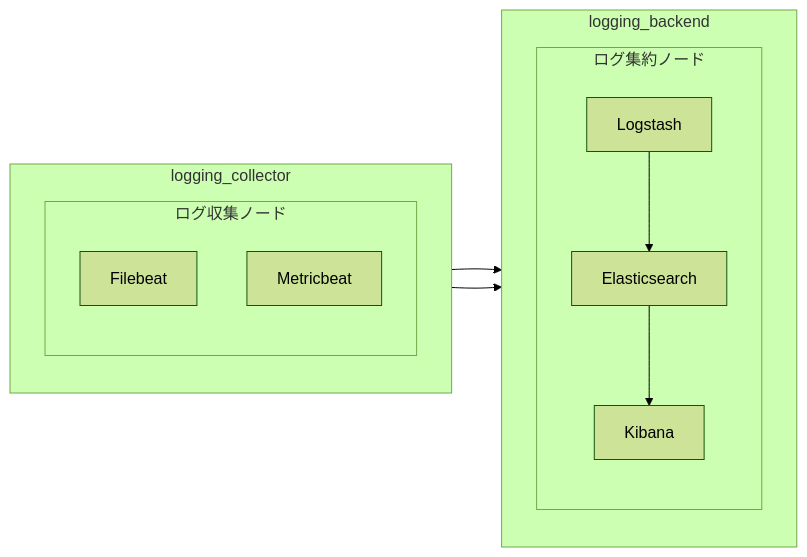
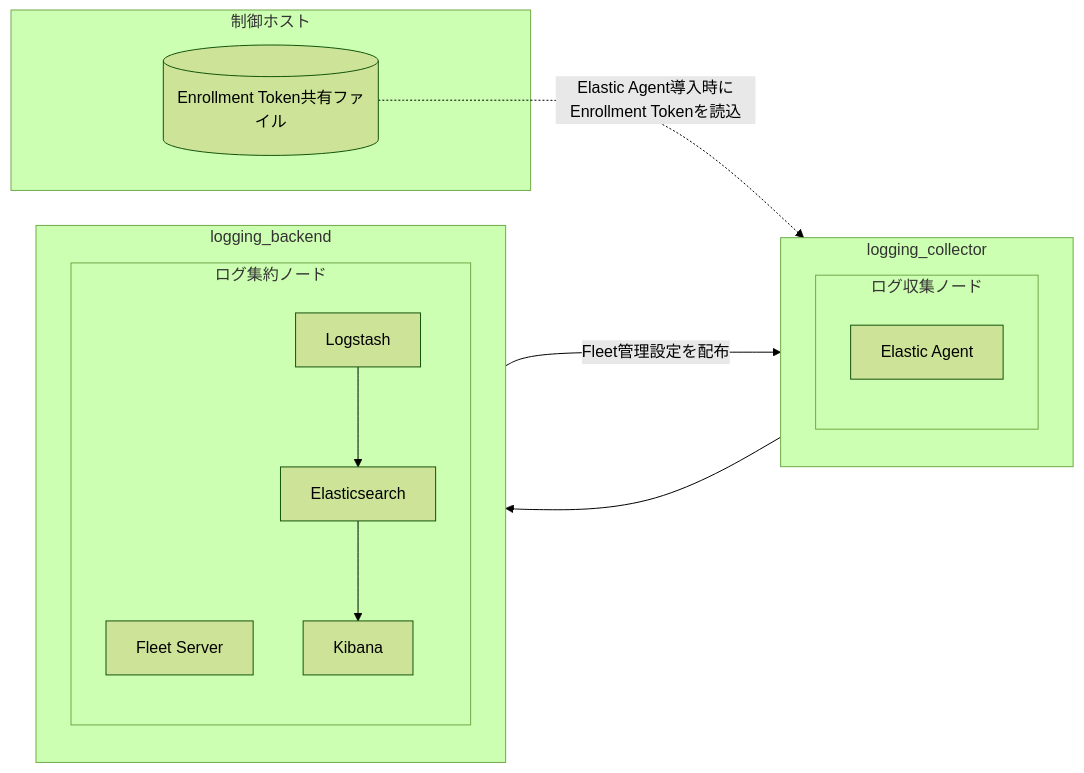
One commit to takeharukato/ansible-linux-setup changed the second of 2 diagrams in roles/elasticsearch/Readme.md. Above: the diagram before and after it, drawn with Mermaid (forest theme). The commit also changed other lines of this file and 222 other files, not shown here.

Commit message:
修正概要: Elastic Stack関連ロールの構成を, elasticsearch, fleet-server, kibana, logstash, fleet-bootstrap, docker-network-elastic-stack, elastic-agentロールから構成するよう修正。

````diff
--- a/roles/elasticsearch/Readme.md
+++ b/roles/elasticsearch/Readme.md
@@ -222,26 +264,31 @@
 ```mermaid
 flowchart LR
   subgraph LC[logging_collector]
     direction TB
     subgraph COL_NODE[ログ収集ノード]
       direction TB
-      FB_COMP[Filebeat]
-      MB_COMP[Metricbeat]
+      EA_COMP[Elastic Agent]
     end
   end
 
   subgraph LB[logging_backend]
     direction TB
     subgraph AGG_NODE[ログ集約ノード]
       direction TB
+      FS_COMP[Fleet Server]
       LS_COMP[Logstash]
       ES_COMP[Elasticsearch]
       KB_COMP[Kibana]
     end
   end
 
-  FB_COMP --> LS_COMP
-  MB_COMP --> LS_COMP
+  subgraph CTRL[制御ホスト]
+    TOKEN_FILE_COMP[(Enrollment Token共有ファイル)]
+  end
+
+  TOKEN_FILE_COMP -. Elastic Agent導入時にEnrollment Tokenを読込 .-> EA_COMP
+  FS_COMP -->|Fleet管理設定を配布| EA_COMP
+  EA_COMP --> LS_COMP
   LS_COMP --> ES_COMP
   ES_COMP --> KB_COMP
 ```
````
